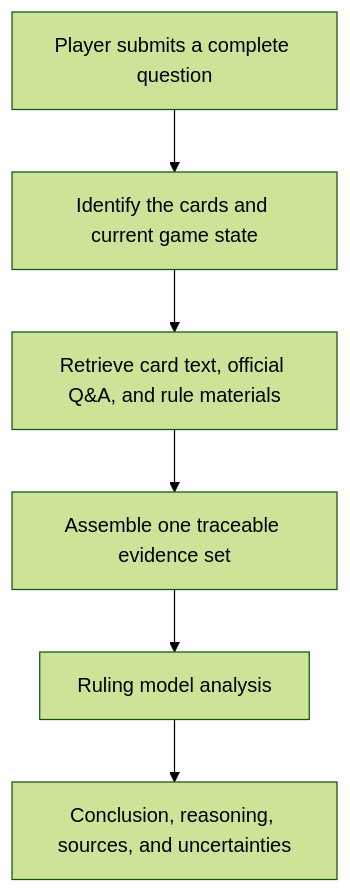
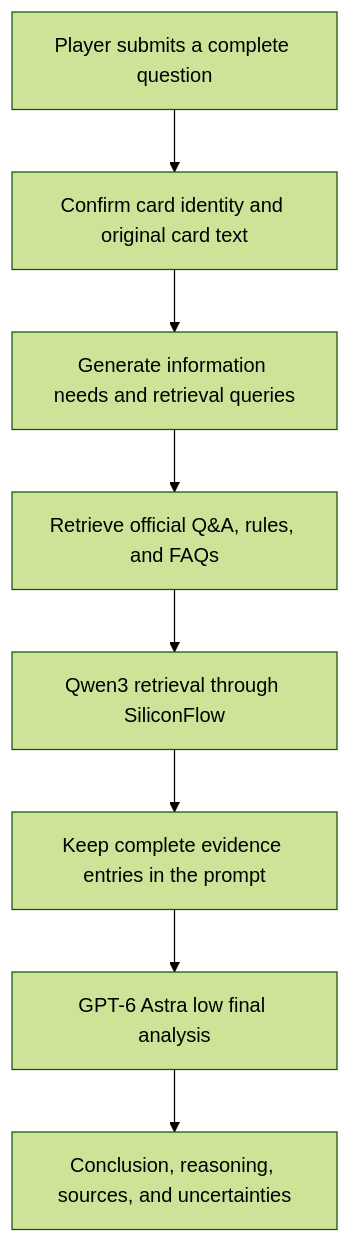
One commit to coldiceh/ocg-ruling-assistant changed the diagram in README.en.md. Above: the diagram before and after it, drawn with Mermaid (forest theme). The commit also changed other lines of this file and 10 other files, not shown here.

````diff
--- a/README.en.md
+++ b/README.en.md
@@ -20,8 +19,10 @@
 ```mermaid
 flowchart TD
-    A["Player submits a complete question"] --> B["Identify the cards and current game state"]
-    B --> C["Retrieve card text, official Q&A, and rule materials"]
-    C --> E["Assemble one traceable evidence set"]
-    E --> F["Ruling model analysis"]
-    F --> G["Conclusion, reasoning, sources, and uncertainties"]
+    A["Player submits a complete question"] --> B["Confirm card identity and original card text"]
+    B --> C["Generate information needs and retrieval queries"]
+    C --> D["Retrieve official Q&A, rules, and FAQs"]
+    D --> E["Qwen3 retrieval through SiliconFlow"]
+    E --> F["Keep complete evidence entries in the prompt"]
+    F --> G["GPT-6 Astra low final analysis"]
+    G --> H["Conclusion, reasoning, sources, and uncertainties"]
 ```
````
